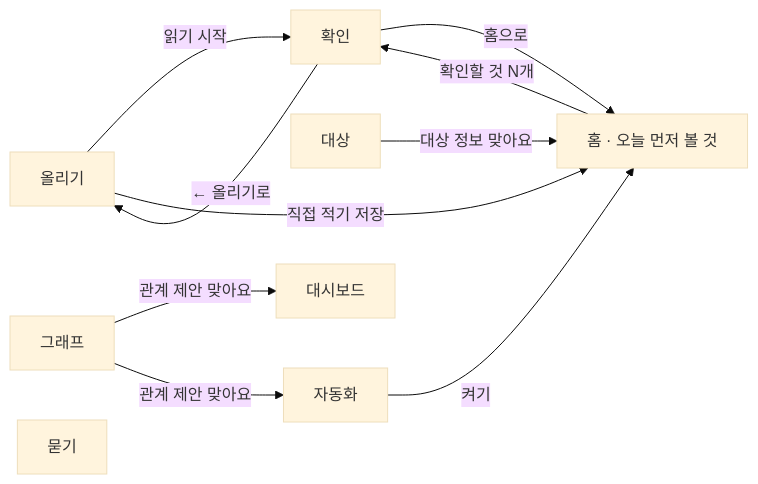
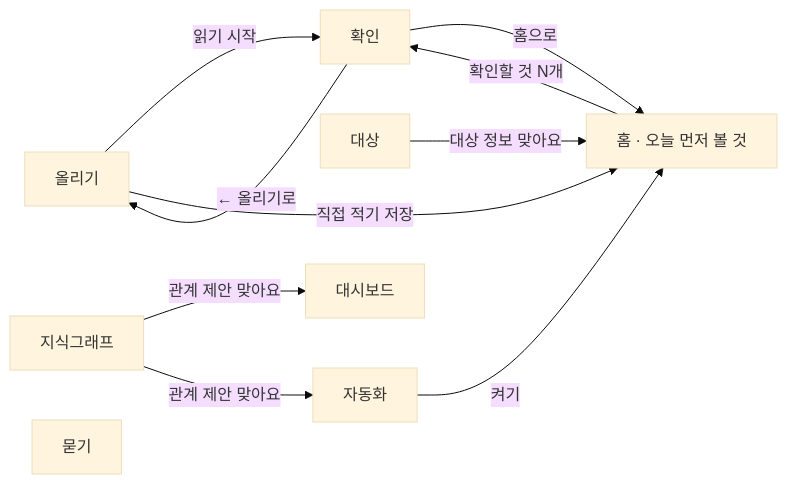
Before and after one commit to Seunghun789/papersolve: the diagram in PRD.md, drawn with Mermaid (base theme). The commit also changed other lines of this file and 13 other files, not shown here.

First line of the commit message:
Knowledge graph with clickable nodes, usability fixes, and undo for simple confirmations

````diff
--- a/PRD.md
+++ b/PRD.md
@@ -116,13 +118,13 @@
 ```mermaid
 flowchart LR
   W1["올리기"] -->|"읽기 시작"| W2["확인"]
   W1 -->|"직접 적기 저장"| W3
   W2 -->|"← 올리기로"| W1
   W2 -->|"홈으로"| W3["홈 · 오늘 먼저 볼 것"]
   W3 -->|"확인할 것 N개"| W2
   W8["대상"] -->|"대상 정보 맞아요"| W3
-  W5["그래프"] -->|"관계 제안 맞아요"| W6["대시보드"]
+  W5["지식그래프"] -->|"관계 제안 맞아요"| W6["대시보드"]
   W5 -->|"관계 제안 맞아요"| W7["자동화"]
   W7 -->|"켜기"| W3
   W4["묻기"]
 ```
````
